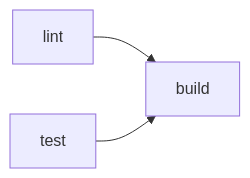
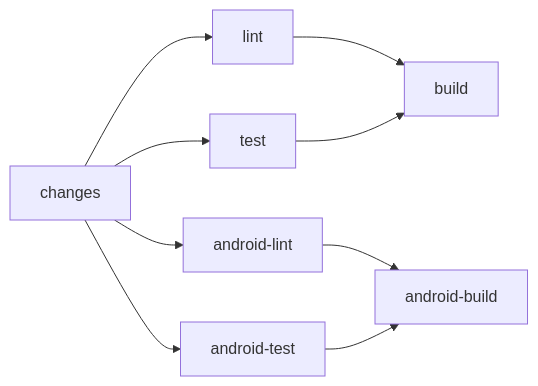
Before and after one commit to ousiassllc/swarm-viewer: the first of 2 diagrams in docs/environment/setup.md, drawn with Mermaid. The commit also changed other lines of this file and 14 other files, not shown here.

````diff
--- a/docs/environment/setup.md
+++ b/docs/environment/setup.md
@@ -136,5 +137,11 @@
 ```mermaid
 graph LR
-    L[lint] --> B[build]
-    T[test] --> B
+    C[changes] --> L[lint]
+    C --> T[test]
+    L --> B[build]
+    T --> B
+    C --> AL[android-lint]
+    C --> AT[android-test]
+    AL --> AB[android-build]
+    AT --> AB
 ```
````
